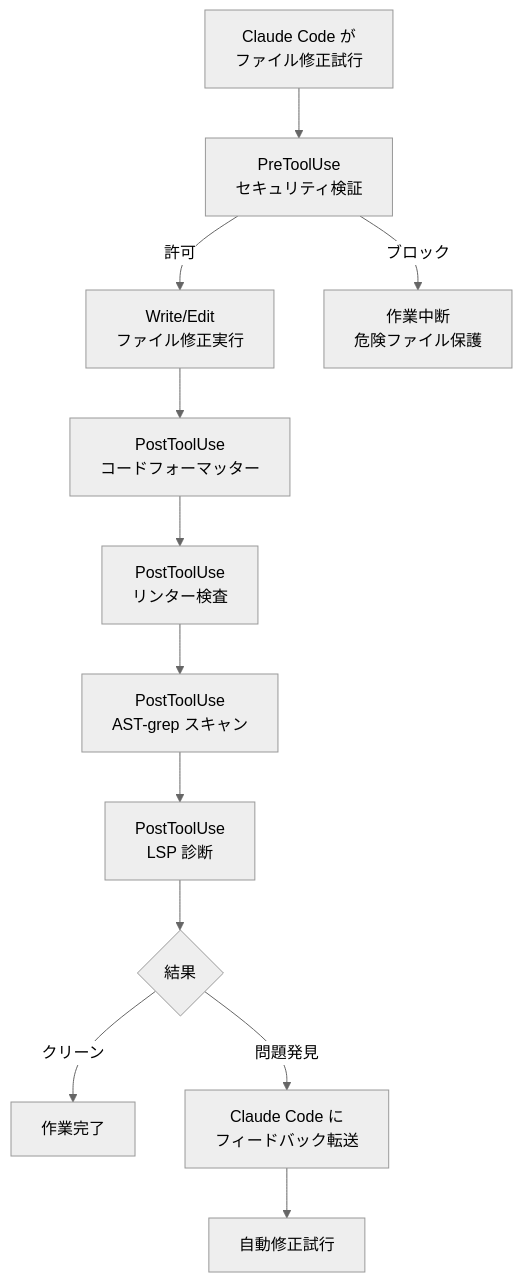
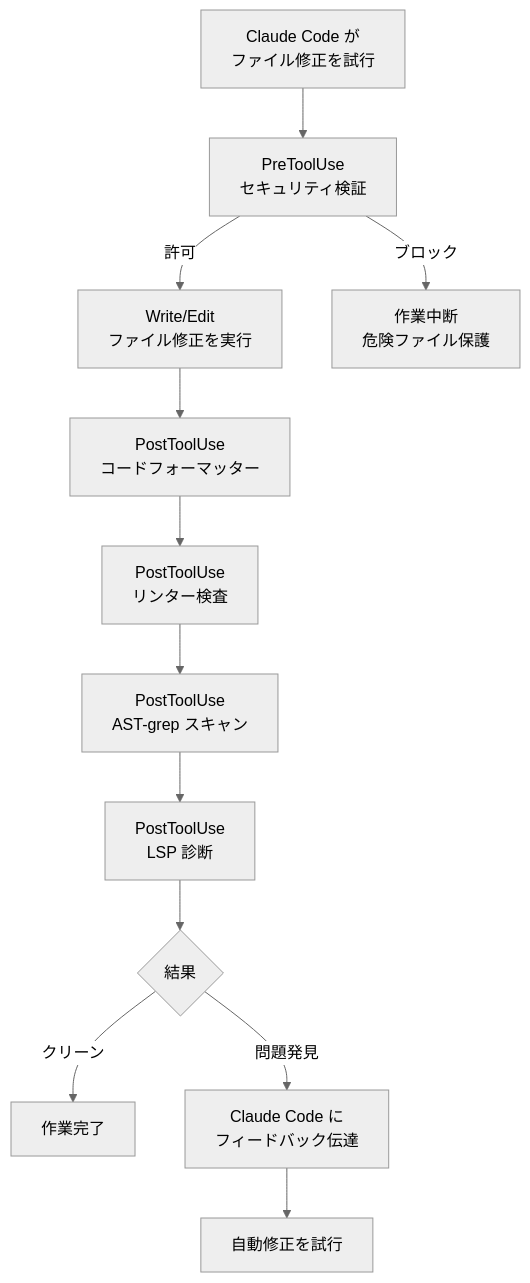
The second of 2 diagrams in docs-site/content/ja/advanced/hooks-guide.md (modu-ai/moai-adk), drawn with Mermaid (neutral theme) before and after one commit. The commit also changed other lines of this file and 395 other files, not shown here.

````diff
--- a/docs-site/content/ja/advanced/hooks-guide.md
+++ b/docs-site/content/ja/advanced/hooks-guide.md
@@ -110,17 +147,17 @@
 ```mermaid
 flowchart TD
-    A["Claude Code が<br/>ファイル修正試行"] --> B["PreToolUse<br/>セキュリティ検証"]
+    A["Claude Code が<br>ファイル修正を試行"] --> B["PreToolUse<br>セキュリティ検証"]
 
-    B -->|許可| C["Write/Edit<br/>ファイル修正実行"]
-    B -->|ブロック| BLOCK["作業中断<br/>危険ファイル保護"]
+    B -->|許可| C["Write/Edit<br>ファイル修正を実行"]
+    B -->|ブロック| BLOCK["作業中断<br>危険ファイル保護"]
 
-    C --> D["PostToolUse<br/>コードフォーマッター"]
-    D --> E["PostToolUse<br/>リンター検査"]
-    E --> F["PostToolUse<br/>AST-grep スキャン"]
-    F --> G["PostToolUse<br/>LSP 診断"]
+    C --> D["PostToolUse<br>コードフォーマッター"]
+    D --> E["PostToolUse<br>リンター検査"]
+    E --> F["PostToolUse<br>AST-grep スキャン"]
+    F --> G["PostToolUse<br>LSP 診断"]
 
     G --> H{結果}
     H -->|クリーン| I["作業完了"]
-    H -->|問題発見| J["Claude Code に<br/>フィードバック転送"]
-    J --> K["自動修正試行"]
+    H -->|問題発見| J["Claude Code に<br>フィードバック伝達"]
+    J --> K["自動修正を試行"]
 ```
````
